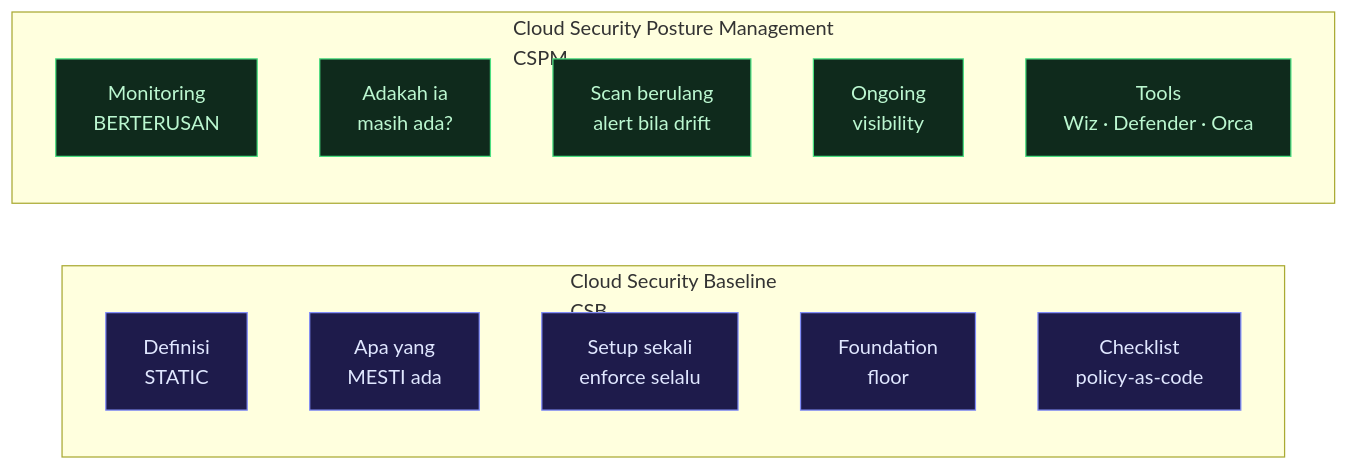
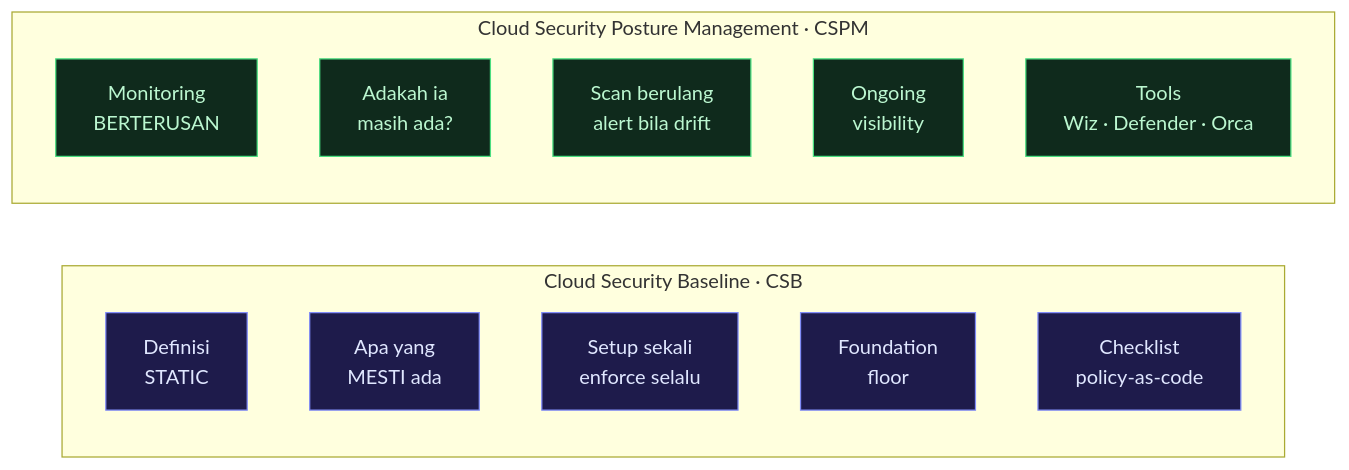
The first of 3 diagrams in src/content/posts/ms/cse-02-cloud-baseline-security.md (arifbazli/malay-tech-journal), drawn with Mermaid before and after one commit. The commit also changed 3 other files, not shown here.

````diff
--- a/src/content/posts/ms/cse-02-cloud-baseline-security.md
+++ b/src/content/posts/ms/cse-02-cloud-baseline-security.md
@@ -49,21 +49,21 @@
 ```mermaid
 flowchart LR
-  subgraph csb [Cloud Security Baseline<br/>CSB]
+  subgraph csb [Cloud Security Baseline · CSB]
     direction TB
     S1["Definisi<br/>STATIC"]:::csb
     S2["Apa yang<br/>MESTI ada"]:::csb
     S3["Setup sekali<br/>enforce selalu"]:::csb
     S4["Foundation<br/>floor"]:::csb
     S5["Checklist<br/>policy-as-code"]:::csb
   end
-  subgraph cspm [Cloud Security Posture Management<br/>CSPM]
+  subgraph cspm [Cloud Security Posture Management · CSPM]
     direction TB
     M1["Monitoring<br/>BERTERUSAN"]:::cspm
     M2["Adakah ia<br/>masih ada?"]:::cspm
     M3["Scan berulang<br/>alert bila drift"]:::cspm
     M4["Ongoing<br/>visibility"]:::cspm
     M5["Tools<br/>Wiz · Defender · Orca"]:::cspm
   end
   classDef csb fill:#1e1b4b,stroke:#818cf8,color:#e0e7ff
   classDef cspm fill:#0f2a1c,stroke:#4ade80,color:#bbf7d0
 ```
````
